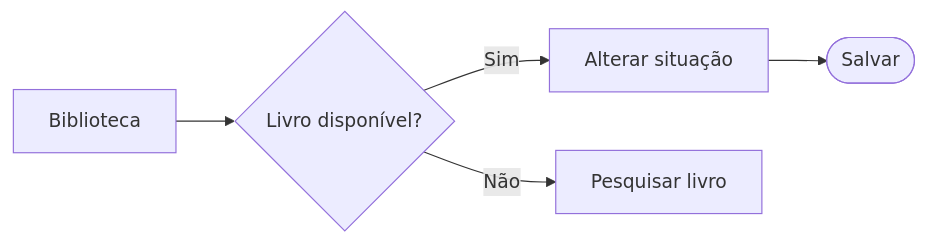
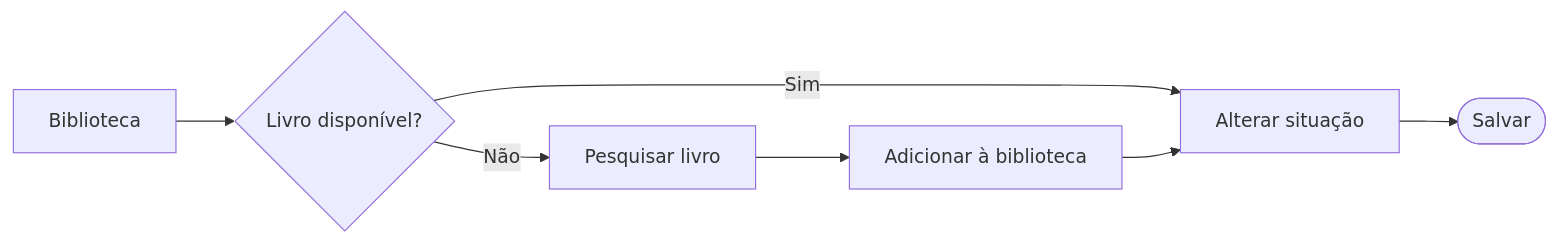
One commit to GabrielRochadeLima/FRONTEND-CCP310-PROJETO changed the third of 5 diagrams in docs/8_arquitetura_fluxo.md. Above: the diagram before and after it, drawn with Mermaid. The commit also changed other lines of this file, not shown here.

````diff
--- a/docs/8_arquitetura_fluxo.md
+++ b/docs/8_arquitetura_fluxo.md
@@ -39,7 +39,9 @@
 ```mermaid
 flowchart LR
     A["Biblioteca"] --> B{"Livro disponível?"}
     B -->|Sim| C["Alterar situação"]
     B -->|Não| D["Pesquisar livro"]
+    D --> F["Adicionar à biblioteca"]
+    F --> C
     C --> E([Salvar])
 ```
````
